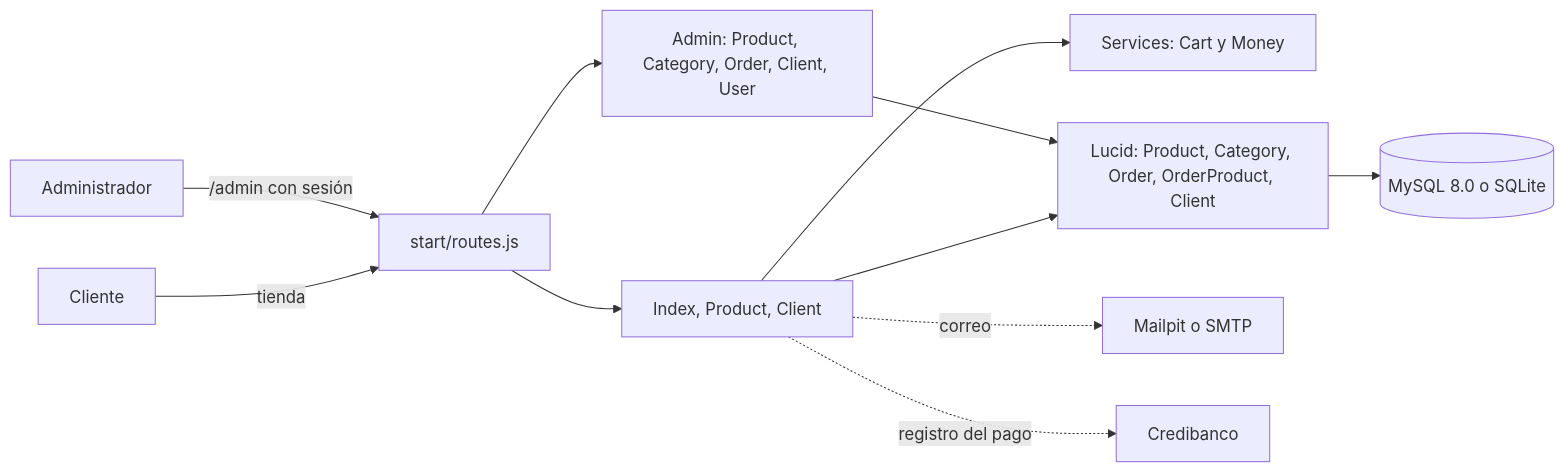
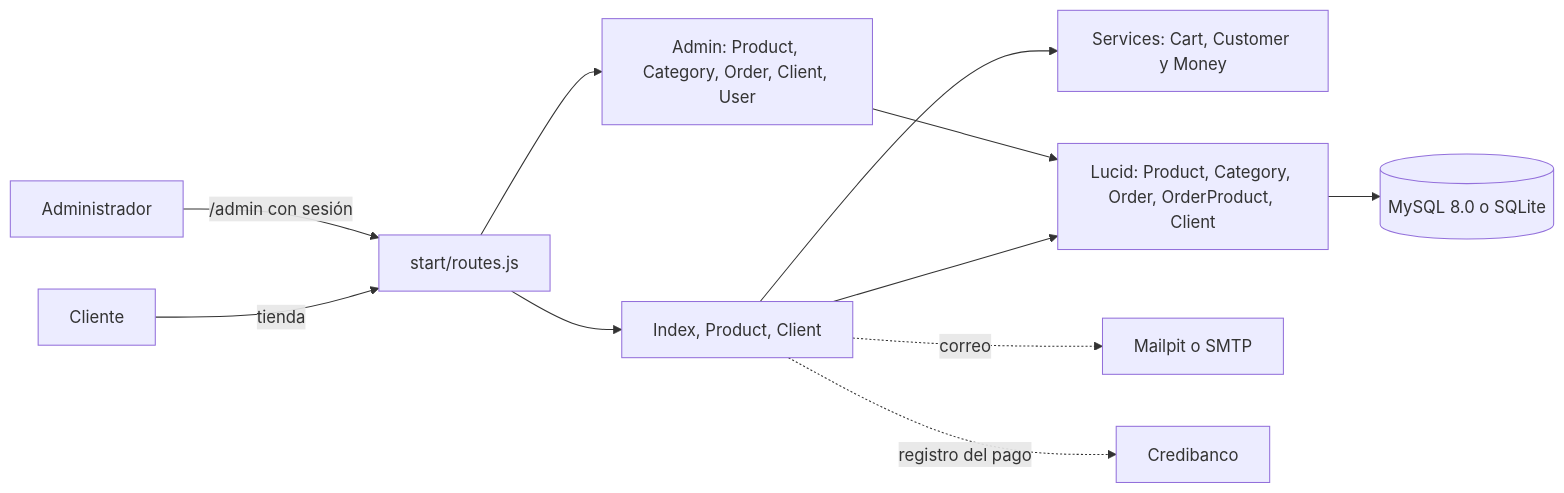
One commit to KevinAndrey96/adonisjs-fitness-ecommerce-platform changed the diagram in README.md. Above: the diagram before and after it, drawn with Mermaid. The commit also changed other lines of this file and 7 other files, not shown here.

````diff
--- a/README.md
+++ b/README.md
@@ -29,13 +30,13 @@
 ```mermaid
 flowchart LR
     Cliente -->|tienda| Rutas[start/routes.js]
     Admin[Administrador] -->|/admin con sesión| Rutas
     Rutas --> Tienda[Index, Product, Client]
     Rutas --> Backoffice[Admin: Product, Category, Order, Client, User]
-    Tienda --> Servicios[Services: Cart y Money]
+    Tienda --> Servicios[Services: Cart, Customer y Money]
     Tienda --> Modelos[Lucid: Product, Category, Order, OrderProduct, Client]
     Backoffice --> Modelos
     Modelos --> BD[(MySQL 8.0 o SQLite)]
     Tienda -.->|correo| SMTP[Mailpit o SMTP]
     Tienda -.->|registro del pago| Credibanco
 ```
````
